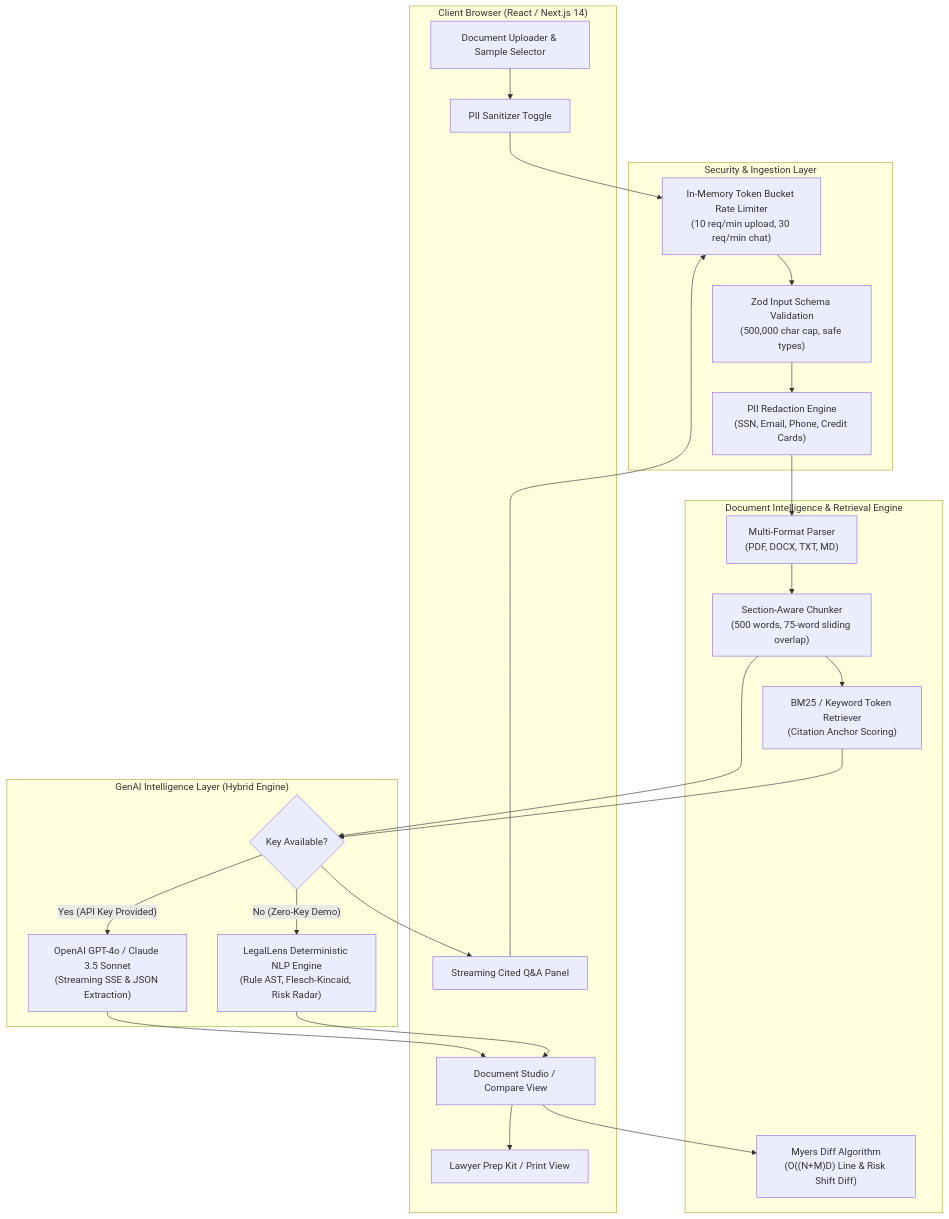
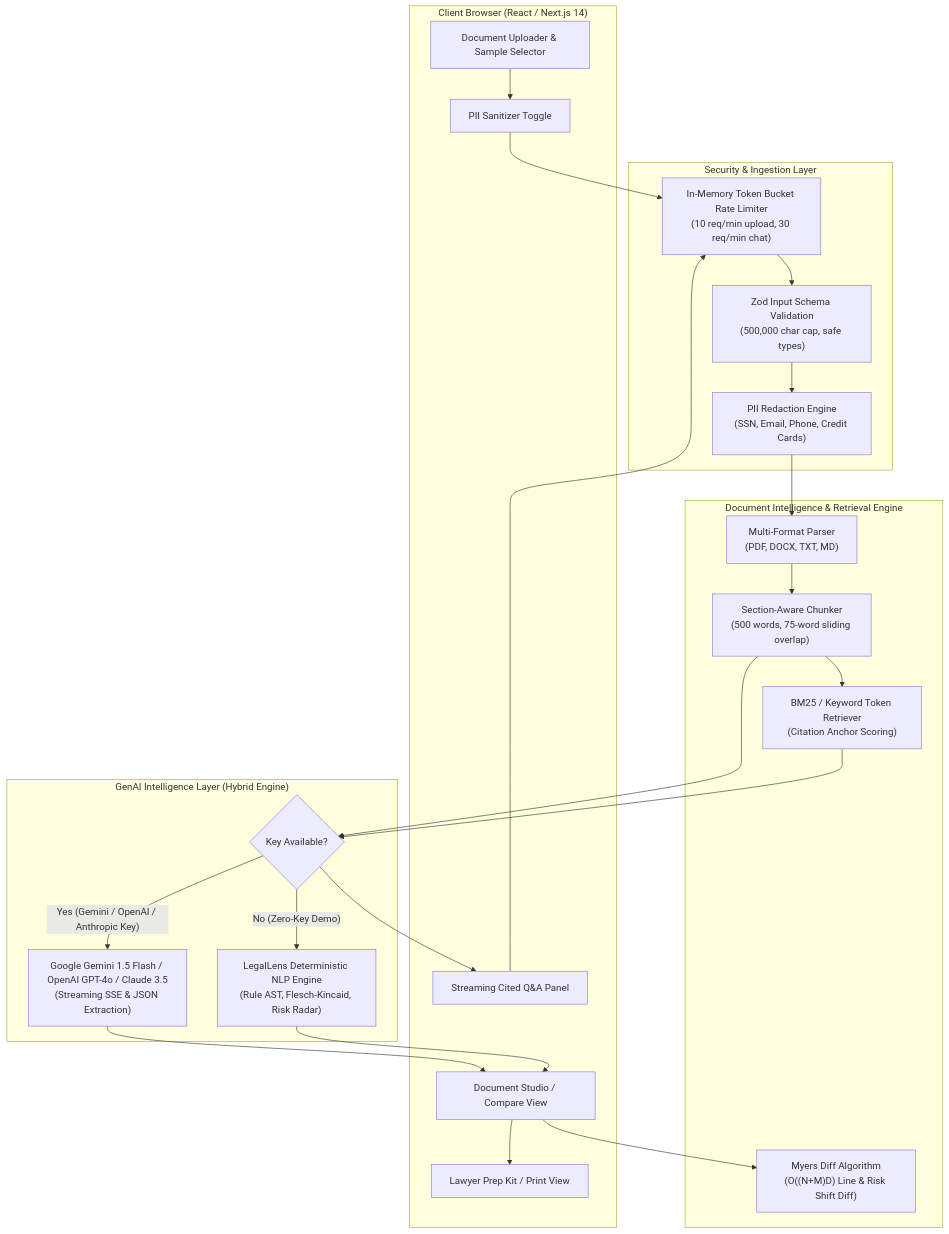
One commit to himanshu003388/LegalLens-AI changed the diagram in ARCHITECTURE.md. Above: the diagram before and after it, drawn with Mermaid. The commit also changed other lines of this file and 14 other files, not shown here.

Commit message:
feat: add Google Gemini API key support, streaming, and UI modal configuration

````diff
--- a/ARCHITECTURE.md
+++ b/ARCHITECTURE.md
@@ -9,47 +9,47 @@
 ```mermaid
 flowchart TD
     subgraph Client["Client Browser (React / Next.js 14)"]
         UI[Document Studio / Compare View]
         Upload[Document Uploader & Sample Selector]
         PIISwitch[PII Sanitizer Toggle]
         Chat[Streaming Cited Q&A Panel]
         Dossier[Lawyer Prep Kit / Print View]
     end
 
     subgraph Security["Security & Ingestion Layer"]
         RateLimiter["In-Memory Token Bucket Rate Limiter\n(10 req/min upload, 30 req/min chat)"]
         ZodValidator["Zod Input Schema Validation\n(500,000 char cap, safe types)"]
         PIIRedactor["PII Redaction Engine\n(SSN, Email, Phone, Credit Cards)"]
     end
 
     subgraph Processing["Document Intelligence & Retrieval Engine"]
         Parser["Multi-Format Parser\n(PDF, DOCX, TXT, MD)"]
         Chunker["Section-Aware Chunker\n(500 words, 75-word sliding overlap)"]
         Retriever["BM25 / Keyword Token Retriever\n(Citation Anchor Scoring)"]
         DiffEngine["Myers Diff Algorithm\n(O((N+M)D) Line & Risk Shift Diff)"]
     end
 
     subgraph AI["GenAI Intelligence Layer (Hybrid Engine)"]
         Dispatcher{"Key Available?"}
-        LiveLLM["OpenAI GPT-4o / Claude 3.5 Sonnet\n(Streaming SSE & JSON Extraction)"]
+        LiveLLM["Google Gemini 1.5 Flash / OpenAI GPT-4o / Claude 3.5\n(Streaming SSE & JSON Extraction)"]
         LocalEngine["LegalLens Deterministic NLP Engine\n(Rule AST, Flesch-Kincaid, Risk Radar)"]
     end
 
     Upload --> PIISwitch
     PIISwitch --> RateLimiter
     RateLimiter --> ZodValidator
     ZodValidator --> PIIRedactor
     PIIRedactor --> Parser
     Parser --> Chunker
     Chunker --> Dispatcher
-    Dispatcher -- "Yes (API Key Provided)" --> LiveLLM
+    Dispatcher -- "Yes (Gemini / OpenAI / Anthropic Key)" --> LiveLLM
     Dispatcher -- "No (Zero-Key Demo)" --> LocalEngine
     LiveLLM --> UI
     LocalEngine --> UI
     Chunker --> Retriever
     Chat --> RateLimiter
     Retriever --> Dispatcher
     Dispatcher --> Chat
     UI --> DiffEngine
     UI --> Dossier
 ```
````
